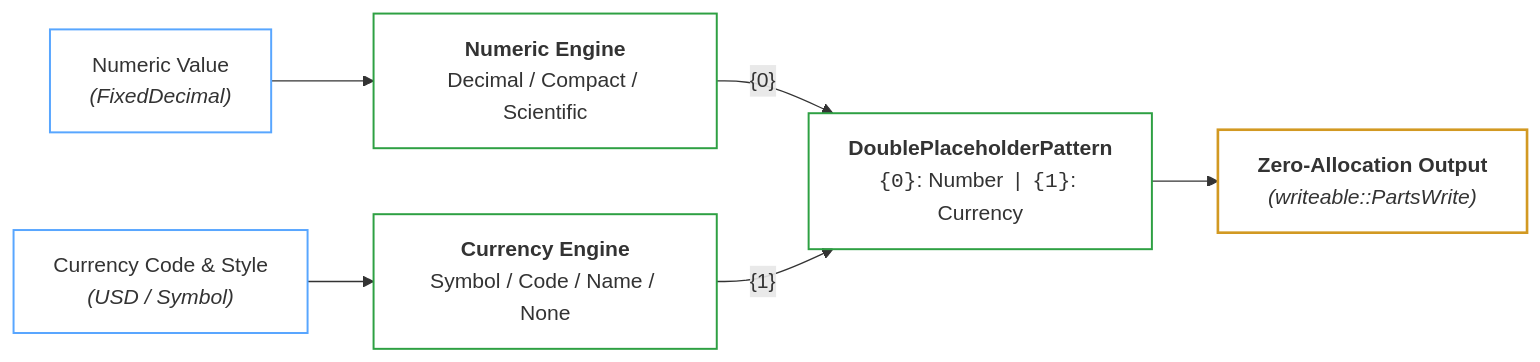
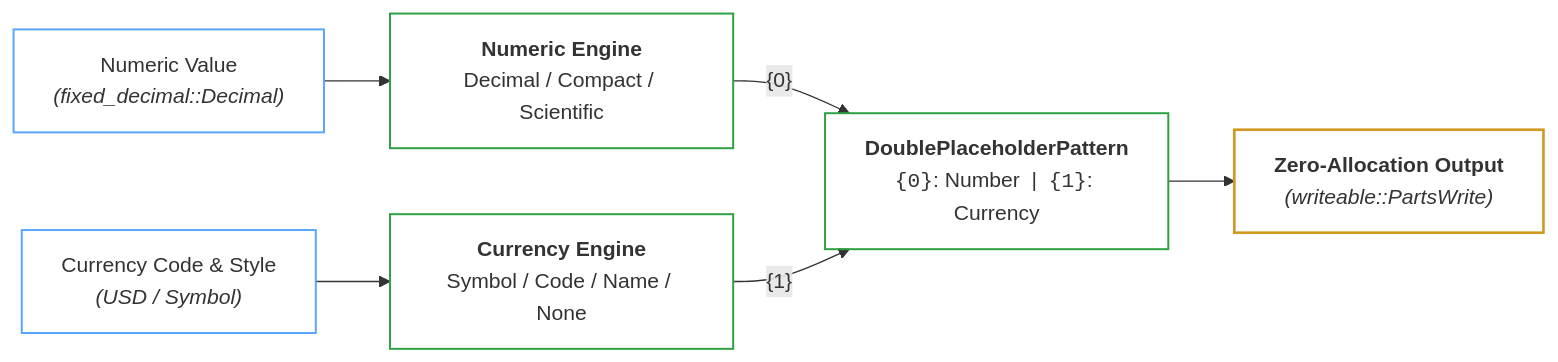
One commit to unicode-org/icu4x changed the second of 4 diagrams in documents/design/number/currency_formatter.md. Above: the diagram before and after it, drawn with Mermaid. The commit also changed other lines of this file and 1 other file, not shown here.

````diff
--- a/documents/design/number/currency_formatter.md
+++ b/documents/design/number/currency_formatter.md
@@ -101,19 +103,19 @@
 ```mermaid
 graph LR
     classDef input stroke:#58a6ff,stroke-width:1.5px,fill:none;
     classDef engine stroke:#2ea043,stroke-width:1.5px,fill:none;
     classDef output stroke:#d29922,stroke-width:2px,fill:none;
 
-    Val["Numeric Value<br><i>(FixedDecimal)</i>"]:::input
+    Val["Numeric Value<br><i>(fixed_decimal::Decimal)</i>"]:::input
     Cur["Currency Code & Style<br><i>(USD / Symbol)</i>"]:::input
 
     NumEngine["<b>Numeric Engine</b><br>Decimal / Compact / Scientific"]:::engine
     CurEngine["<b>Currency Engine</b><br>Symbol / Code / Name / None"]:::engine
 
     Pattern["<b>DoublePlaceholderPattern</b><br><code>{0}</code>: Number &nbsp;|&nbsp; <code>{1}</code>: Currency"]:::engine
     Out["<b>Zero-Allocation Output</b><br><i>(writeable::PartsWrite)</i>"]:::output
 
     Val --> NumEngine -->|"{0}"| Pattern
     Cur --> CurEngine -->|"{1}"| Pattern
     Pattern --> Out
 ```
````
